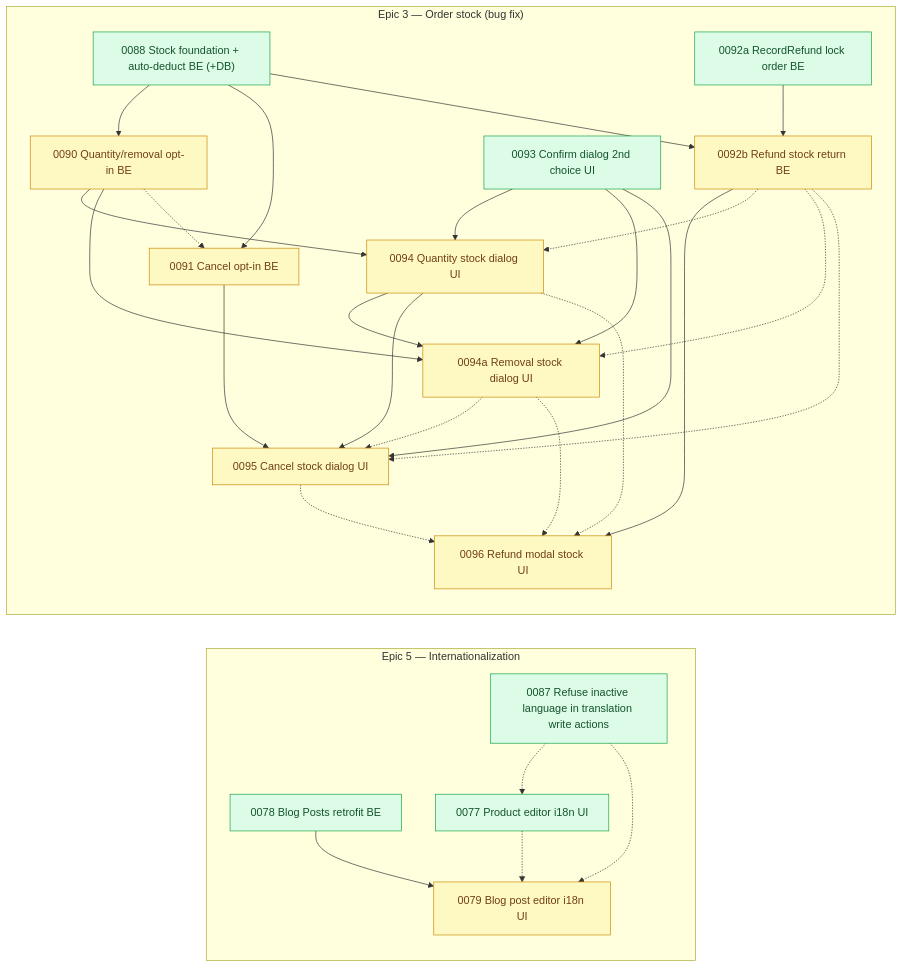
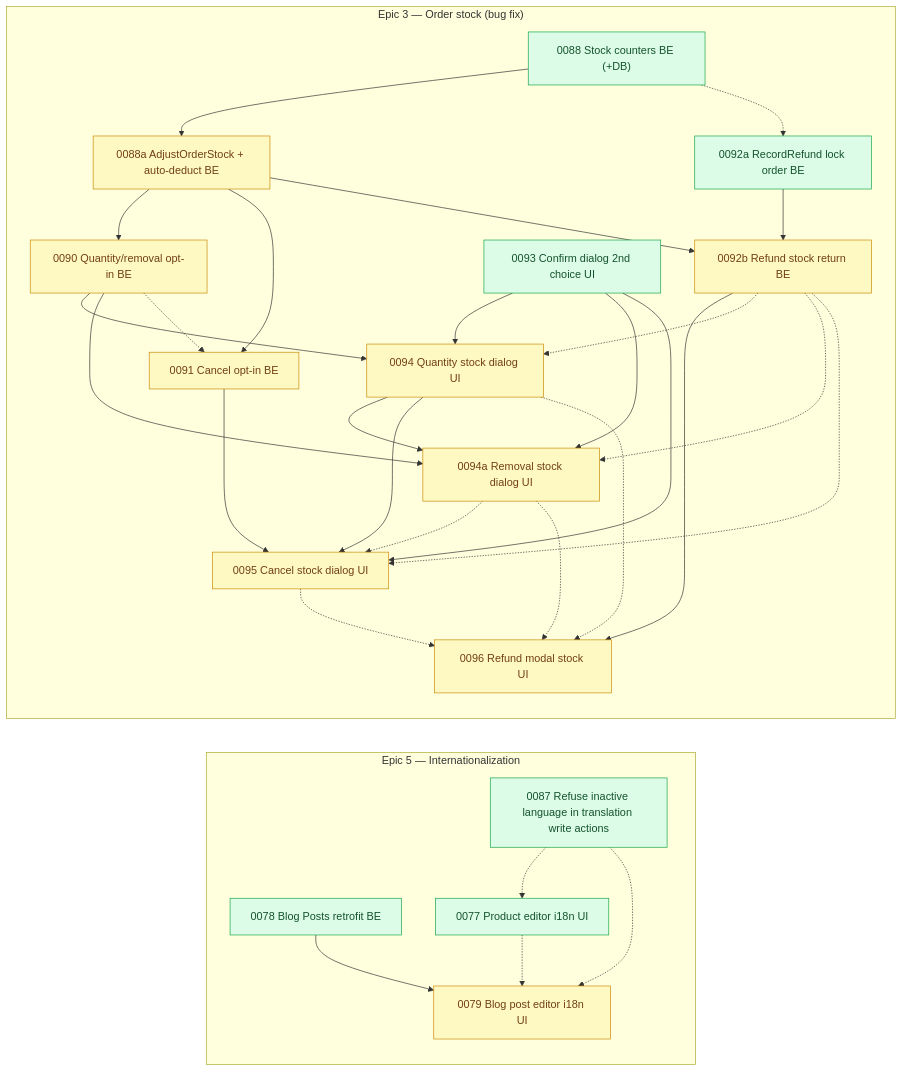
One commit to shojen/AI4Devs-finalproject changed the diagram in arospe/ai-spec/tasks-map.md. Above: the diagram before and after it, drawn with Mermaid. The commit also changed other lines of this file and 10 other files, not shown here.

Commit message:
docs(tasks): fix the stock counter model and split 0088 into 0088 and 0088a

```diff
--- a/arospe/ai-spec/tasks-map.md
+++ b/arospe/ai-spec/tasks-map.md
@@ -581,7 +586,8 @@
 
     subgraph PEND_STOCK["Epic 3 — Order stock (bug fix)"]
         direction TB
-        P0088["0088 Stock foundation + auto-deduct BE (+DB)"]
+        P0088["0088 Stock counters BE (+DB)"]
+        P0088a["0088a AdjustOrderStock + auto-deduct BE"]
         P0090["0090 Quantity/removal opt-in BE"]
         P0091["0091 Cancel opt-in BE"]
         P0092a["0092a RecordRefund lock order BE"]
@@ -593,9 +599,11 @@
         P0096["0096 Refund modal stock UI"]
     end
     %% (P0089 merged into P0088 and P0092 split into P0092a/P0092b on 2026-11-08; their nodes and edges are dropped.)
-    P0088 --> P0090
-    P0088 --> P0091
-    P0088 --> P0092b
+    %% (P0088 --> P0090/P0091/P0092b replaced by P0088 --> P0088a --> … on 2026-11-08, review #4 split.)
+    P0088 --> P0088a
+    P0088a --> P0090
+    P0088a --> P0091
+    P0088a --> P0092b
     P0092a --> P0092b
     P0090 --> P0094
     P0093 --> P0094
@@ -607,6 +615,7 @@
     P0094 --> P0095
     P0092b --> P0096
     P0090 -.-> P0091
+    P0088 -.-> P0092a
     P0092b -.-> P0094
     P0092b -.-> P0094a
     P0092b -.-> P0095
@@ -615,7 +624,7 @@
     P0094a -.-> P0096
     P0095 -.-> P0096
     class P0088,P0092a,P0093 ready;
-    class P0090,P0091,P0092b,P0094,P0094a,P0095,P0096 pending;
+    class P0088a,P0090,P0091,P0092b,P0094,P0094a,P0095,P0096 pending;
 
     %% Standalone (no PRD epic)
     %% (P0082's own node dropped: 0082 closed to done/ this pass, per the update at the top of this file.)
```
